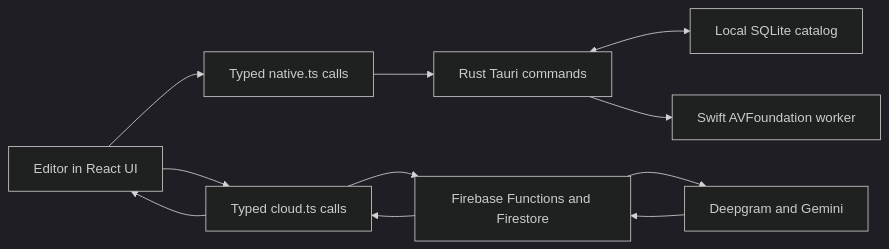
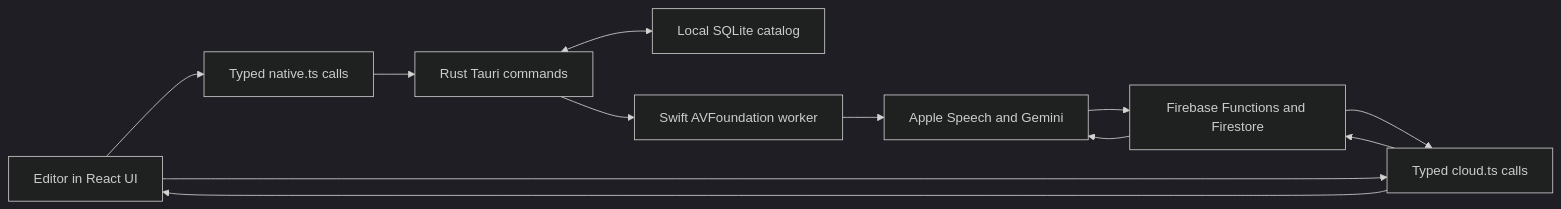
Before and after one commit to MoritzVT/Docubase: the diagram in ARCHITECTURE.md, drawn with Mermaid (dark theme). The commit also changed other lines of this file and 30 other files, not shown here.

Commit message:
- Replaced DeepGram transcription with local Apple Speech Analyzer transcription, significantly reducing costs to 0$ / hr.

````diff
--- a/ARCHITECTURE.md
+++ b/ARCHITECTURE.md
@@ -48,17 +48,18 @@
 ```mermaid
 flowchart LR
     Editor["Editor in React UI"]
     Native["Typed native.ts calls"]
     Rust["Rust Tauri commands"]
     SQLite["Local SQLite catalog"]
     Swift["Swift AVFoundation worker"]
     Cloud["Typed cloud.ts calls"]
     Firebase["Firebase Functions and Firestore"]
-    Providers["Deepgram and Gemini"]
+    Providers["Apple Speech and Gemini"]
 
     Editor --> Native --> Rust
     Rust <--> SQLite
     Rust --> Swift
+    Swift --> Providers
     Editor --> Cloud --> Firebase --> Providers
     Providers --> Firebase --> Cloud --> Editor
 ```
````
